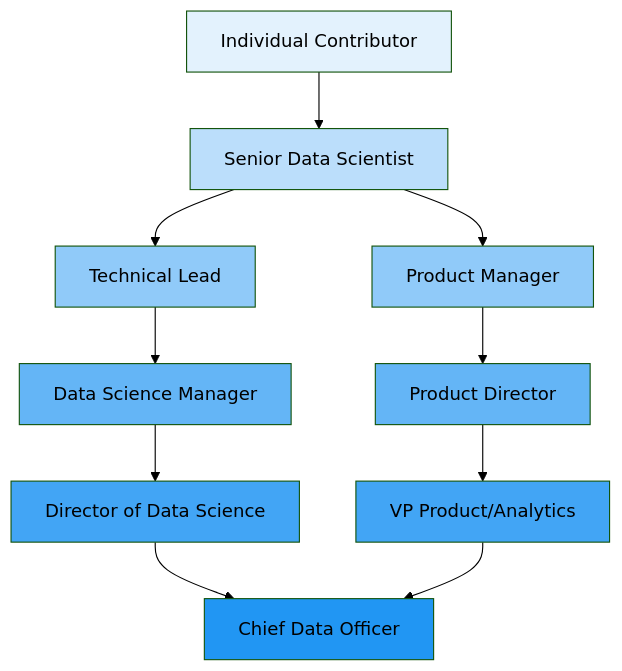
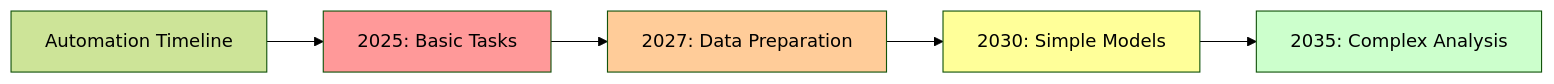
One commit to gghimire2041/AI-Articles changed the eighth of 14 diagrams in Survive-Data-Science-2025.md. Above: the diagram before and after it, drawn with Mermaid (forest theme). The commit also changed other lines of this file, not shown here.

````diff
--- a/Survive-Data-Science-2025.md
+++ b/Survive-Data-Science-2025.md
@@ -462,22 +205,12 @@
 ```mermaid
-graph TD
-    A[Individual Contributor] --> B[Senior Data Scientist]
-    B --> C[Technical Lead]
-    B --> D[Product Manager]
-    C --> E[Data Science Manager]
-    D --> F[Product Director]
-    E --> G[Director of Data Science]
-    F --> H[VP Product/Analytics]
-    G --> I[Chief Data Officer]
-    H --> I
+graph LR
+    A[Automation Timeline] --> B[2025: Basic Tasks]
+    B --> C[2027: Data Preparation]
+    C --> D[2030: Simple Models]
+    D --> E[2035: Complex Analysis]
     
-    style A fill:#e3f2fd
-    style B fill:#bbdefb
-    style C fill:#90caf9
-    style D fill:#90caf9
-    style E fill:#64b5f6
-    style F fill:#64b5f6
-    style G fill:#42a5f5
-    style H fill:#42a5f5
-    style I fill:#2196f3
+    style B fill:#ff9999
+    style C fill:#ffcc99
+    style D fill:#ffff99
+    style E fill:#ccffcc
 ```
````
